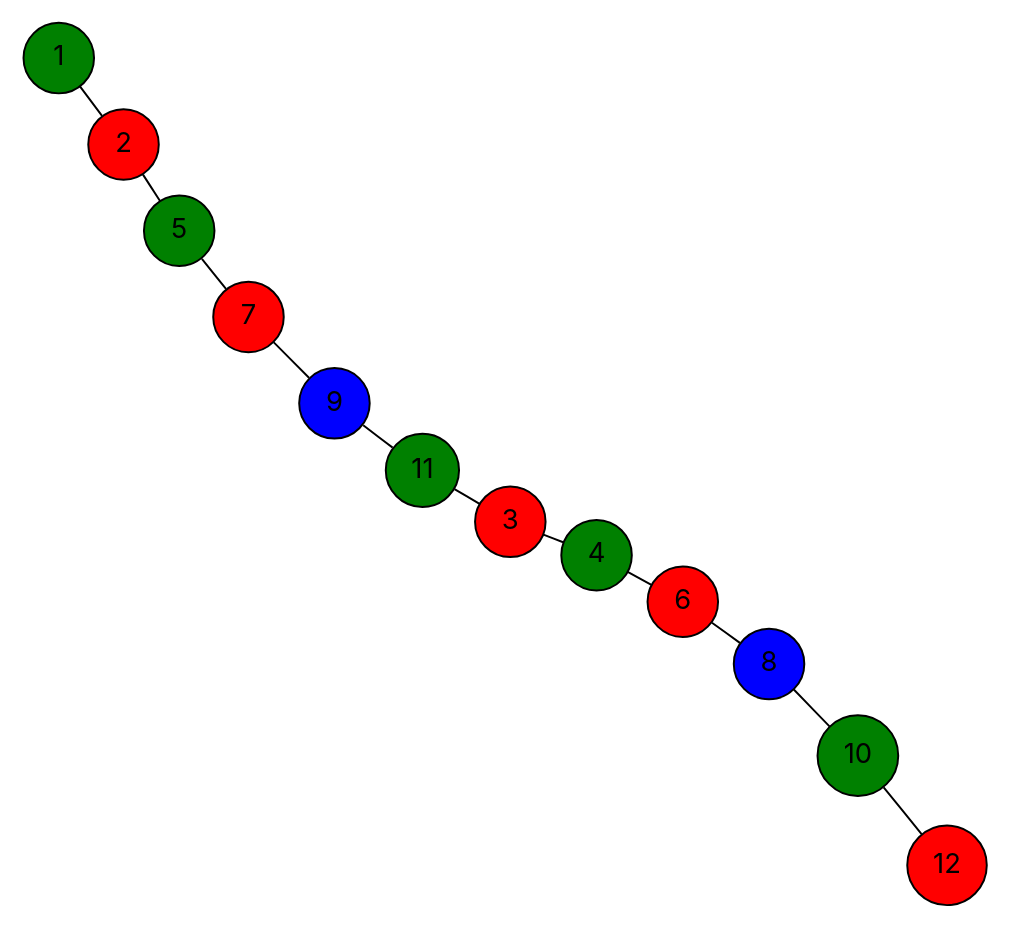
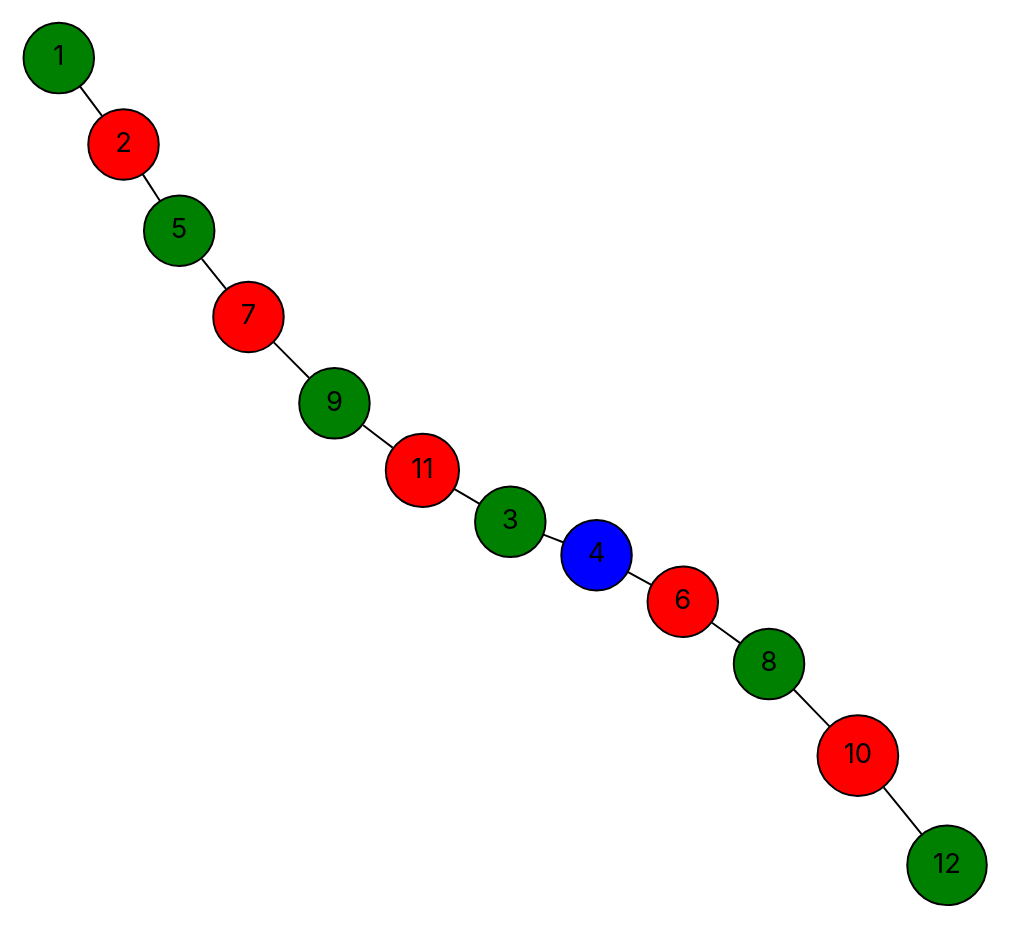
One commit to vercah/vertex-coloring changed the diagram in data/final-dots/easy-06-parallel.dot. Above: the diagram before and after it, drawn with Graphviz. The commit also changed 106 other files, not shown here.

```diff
--- a/data/final-dots/easy-06-parallel.dot
+++ b/data/final-dots/easy-06-parallel.dot
@@ -1,29 +1,29 @@
 graph G {
   layout=neato;
   overlap=false;
   splines=true;
   node [shape=circle, style=filled, fontname=Inter];
   1 [label="1", fillcolor="green", tooltip="v1 color 1"];
   2 [label="2", fillcolor="red", tooltip="v2 color 0"];
-  3 [label="3", fillcolor="red", tooltip="v3 color 0"];
-  4 [label="4", fillcolor="green", tooltip="v4 color 1"];
+  3 [label="3", fillcolor="green", tooltip="v3 color 1"];
+  4 [label="4", fillcolor="blue", tooltip="v4 color 2"];
   5 [label="5", fillcolor="green", tooltip="v5 color 1"];
   6 [label="6", fillcolor="red", tooltip="v6 color 0"];
   7 [label="7", fillcolor="red", tooltip="v7 color 0"];
-  8 [label="8", fillcolor="blue", tooltip="v8 color 2"];
-  9 [label="9", fillcolor="blue", tooltip="v9 color 2"];
-  10 [label="10", fillcolor="green", tooltip="v10 color 1"];
-  11 [label="11", fillcolor="green", tooltip="v11 color 1"];
-  12 [label="12", fillcolor="red", tooltip="v12 color 0"];
+  8 [label="8", fillcolor="green", tooltip="v8 color 1"];
+  9 [label="9", fillcolor="green", tooltip="v9 color 1"];
+  10 [label="10", fillcolor="red", tooltip="v10 color 0"];
+  11 [label="11", fillcolor="red", tooltip="v11 color 0"];
+  12 [label="12", fillcolor="green", tooltip="v12 color 1"];
   1 -- 2;
   2 -- 5;
   3 -- 4;
   3 -- 11;
   4 -- 6;
   5 -- 7;
   6 -- 8;
   7 -- 9;
   8 -- 10;
   9 -- 11;
   10 -- 12;
 }
```
